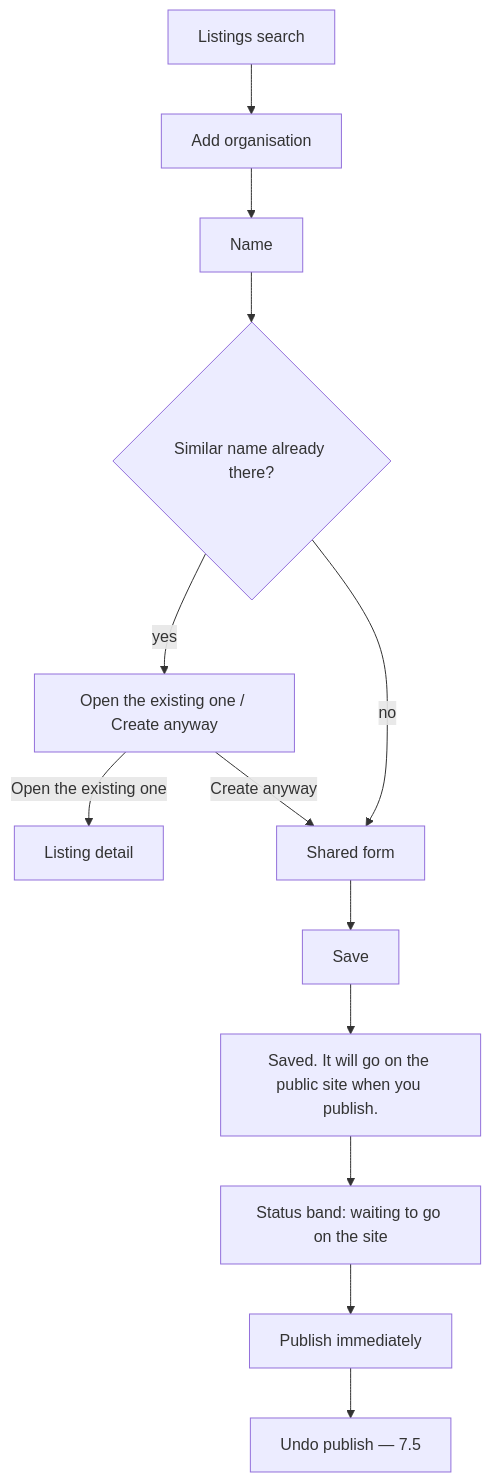
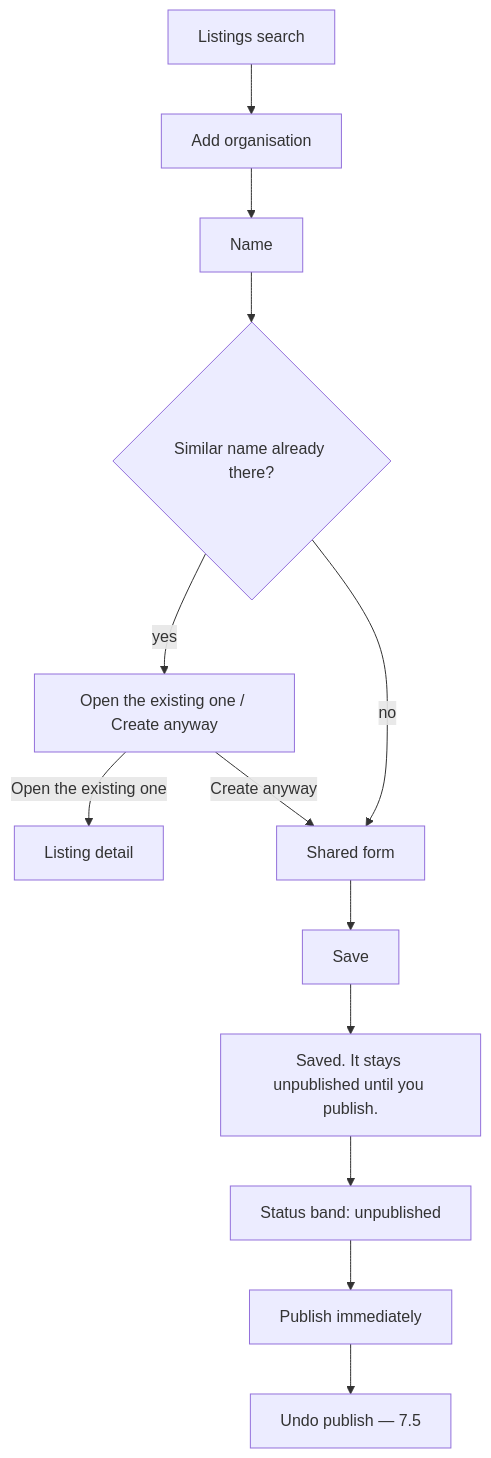
Before and after one commit to irab/porirua-locality-preview: the second of 4 diagrams in docs/design/editor-interface-design.md, drawn with Mermaid. The commit also changed other lines of this file and 20 other files, not shown here.

````diff
--- a/docs/design/editor-interface-design.md
+++ b/docs/design/editor-interface-design.md
@@ -415,15 +415,15 @@
 ```mermaid
 flowchart TD
   list[Listings search] --> add[Add organisation]
   add --> name[Name]
   name --> dup{Similar name already there?}
   dup -->|yes| warn[Open the existing one / Create anyway]
   warn -->|Open the existing one| detail[Listing detail]
   warn -->|Create anyway| fields[Shared form]
   dup -->|no| fields
   fields --> save[Save]
-  save --> toast[Saved. It will go on the public site when you publish.]
-  toast --> pub[Status band: waiting to go on the site]
+  save --> toast[Saved. It stays unpublished until you publish.]
+  toast --> pub[Status band: unpublished]
   pub --> live[Publish immediately]
   live --> undoPub[Undo publish — 7.5]
 ```
````
